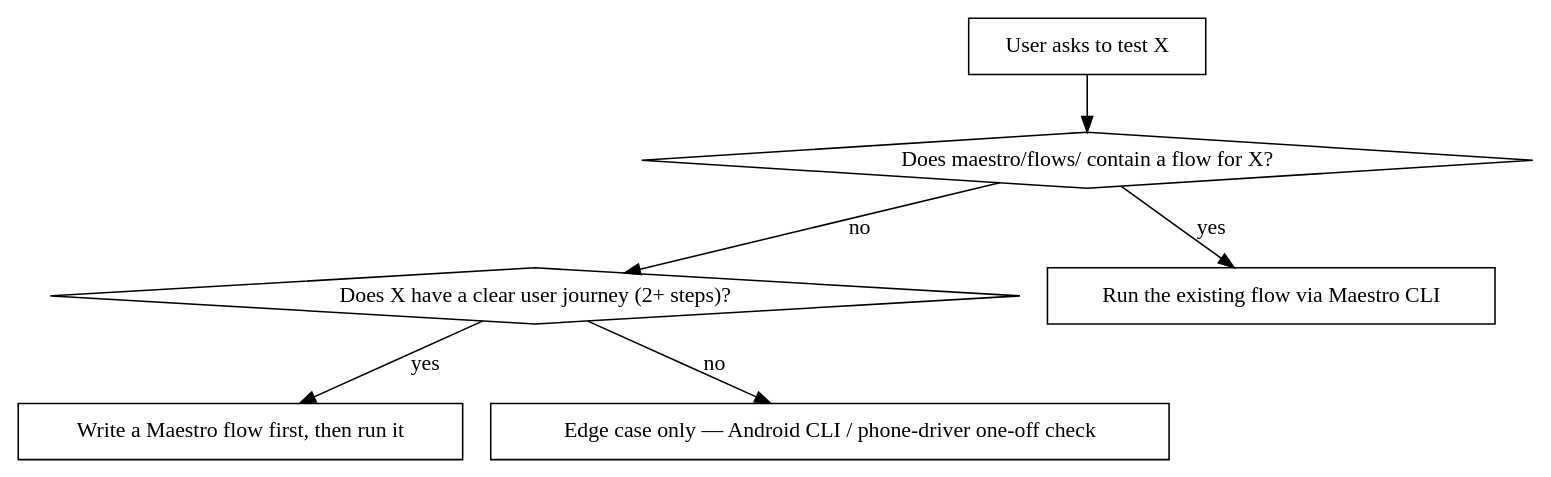
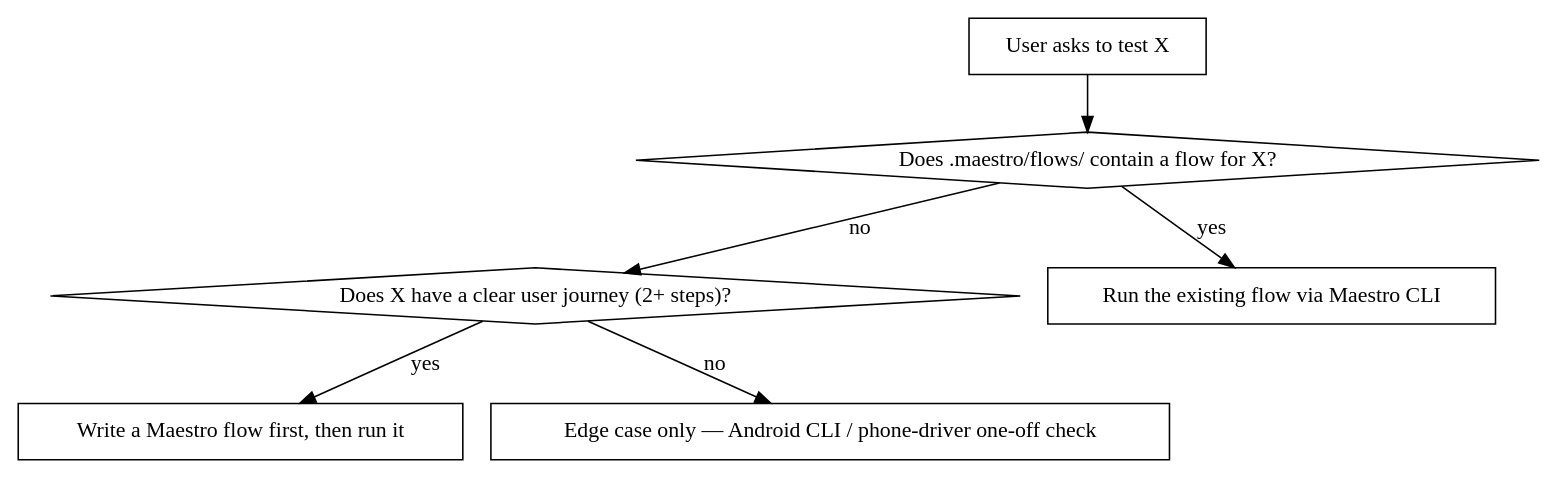
Before and after one commit to PalankiBharat/BharatSkills: the diagram in plugins/qa-autopilot/skills/qa-autopilot/SKILL.md, drawn with Graphviz. The commit also changed other lines of this file and 2 other files, not shown here.

````diff
--- a/plugins/qa-autopilot/skills/qa-autopilot/SKILL.md
+++ b/plugins/qa-autopilot/skills/qa-autopilot/SKILL.md
@@ -79,16 +75,16 @@
 ```dot
 digraph qa_execution_choice {
     "User asks to test X" [shape=box];
-    "Does maestro/flows/ contain a flow for X?" [shape=diamond];
+    "Does .maestro/flows/ contain a flow for X?" [shape=diamond];
     "Does X have a clear user journey (2+ steps)?" [shape=diamond];
     "Run the existing flow via Maestro CLI" [shape=box];
     "Write a Maestro flow first, then run it" [shape=box];
     "Edge case only — Android CLI / phone-driver one-off check" [shape=box];
 
-    "User asks to test X" -> "Does maestro/flows/ contain a flow for X?";
-    "Does maestro/flows/ contain a flow for X?" -> "Run the existing flow via Maestro CLI" [label="yes"];
-    "Does maestro/flows/ contain a flow for X?" -> "Does X have a clear user journey (2+ steps)?" [label="no"];
+    "User asks to test X" -> "Does .maestro/flows/ contain a flow for X?";
+    "Does .maestro/flows/ contain a flow for X?" -> "Run the existing flow via Maestro CLI" [label="yes"];
+    "Does .maestro/flows/ contain a flow for X?" -> "Does X have a clear user journey (2+ steps)?" [label="no"];
     "Does X have a clear user journey (2+ steps)?" -> "Write a Maestro flow first, then run it" [label="yes"];
     "Does X have a clear user journey (2+ steps)?" -> "Edge case only — Android CLI / phone-driver one-off check" [label="no"];
 }
 ```
````
